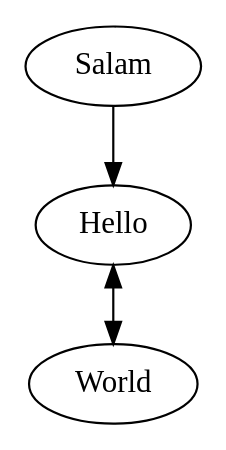
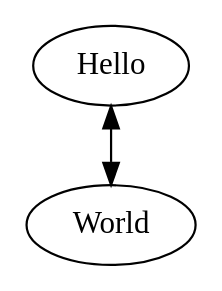
Before and after one commit to bBibyk/PySos: the diagram in try/test.dot, drawn with Graphviz. The commit also changed 2 other files, not shown here.

Commit message:
Test architecture

```diff
--- a/try/test.dot
+++ b/try/test.dot
@@ -1,4 +1,6 @@
 digraph G {
-    Hello->World [dir="both"]
-    Salam->Hello
+    concentrate=true
+    Hello->World
+    World->Hello
+
     }
```
